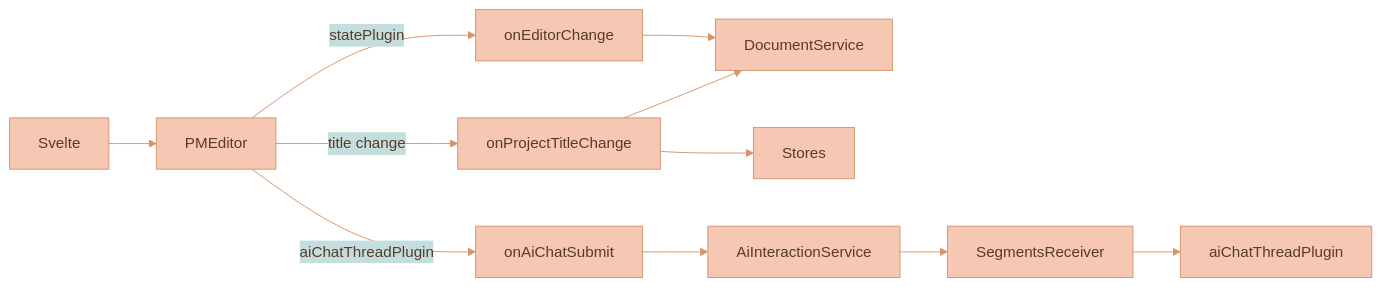
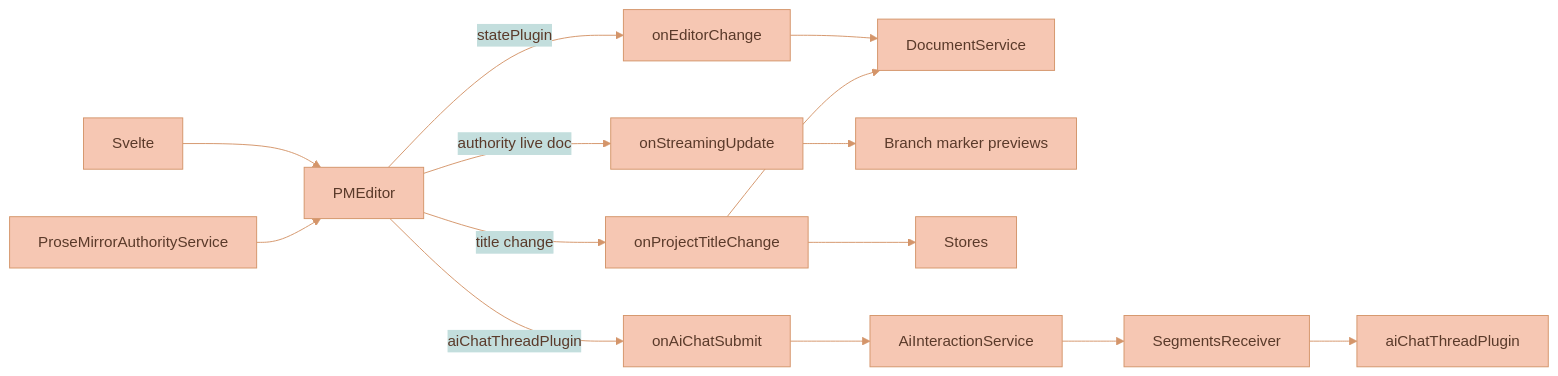
One commit to Lixpi/lixpi changed the eighth of 8 diagrams in services/web-ui/src/components/proseMirror/README.md. Above: the diagram before and after it, drawn with Mermaid. The commit also changed other lines of this file and 61 other files, not shown here.

````diff
--- a/services/web-ui/src/components/proseMirror/README.md
+++ b/services/web-ui/src/components/proseMirror/README.md
@@ -385,11 +393,14 @@
 ```mermaid
 %%{init: {'theme': 'base', 'themeVariables': { 'primaryColor': '#F6C7B3', 'primaryTextColor': '#5a3a2a', 'primaryBorderColor': '#d4956a', 'secondaryColor': '#C3DEDD', 'secondaryTextColor': '#1a3a47', 'secondaryBorderColor': '#4a8a9d', 'tertiaryColor': '#DCECE9', 'tertiaryTextColor': '#1a3a47', 'tertiaryBorderColor': '#82B2C0', 'lineColor': '#d4956a', 'textColor': '#5a3a2a'}}}%%
 flowchart LR
   Svelte --> PMEditor
   PMEditor -->|statePlugin| onEditorChange
+  PMEditor -->|authority live doc| onStreamingUpdate
   PMEditor -->|title change| onProjectTitleChange
   PMEditor -->|aiChatThreadPlugin| onAiChatSubmit
   onEditorChange --> DocumentService
+  onStreamingUpdate --> CanvasPreviews[Branch marker previews]
   onProjectTitleChange --> DocumentService & Stores
   onAiChatSubmit --> AiInteractionService --> SegmentsReceiver --> aiChatThreadPlugin
+  ProseMirrorAuthorityService --> PMEditor
 ```
````
